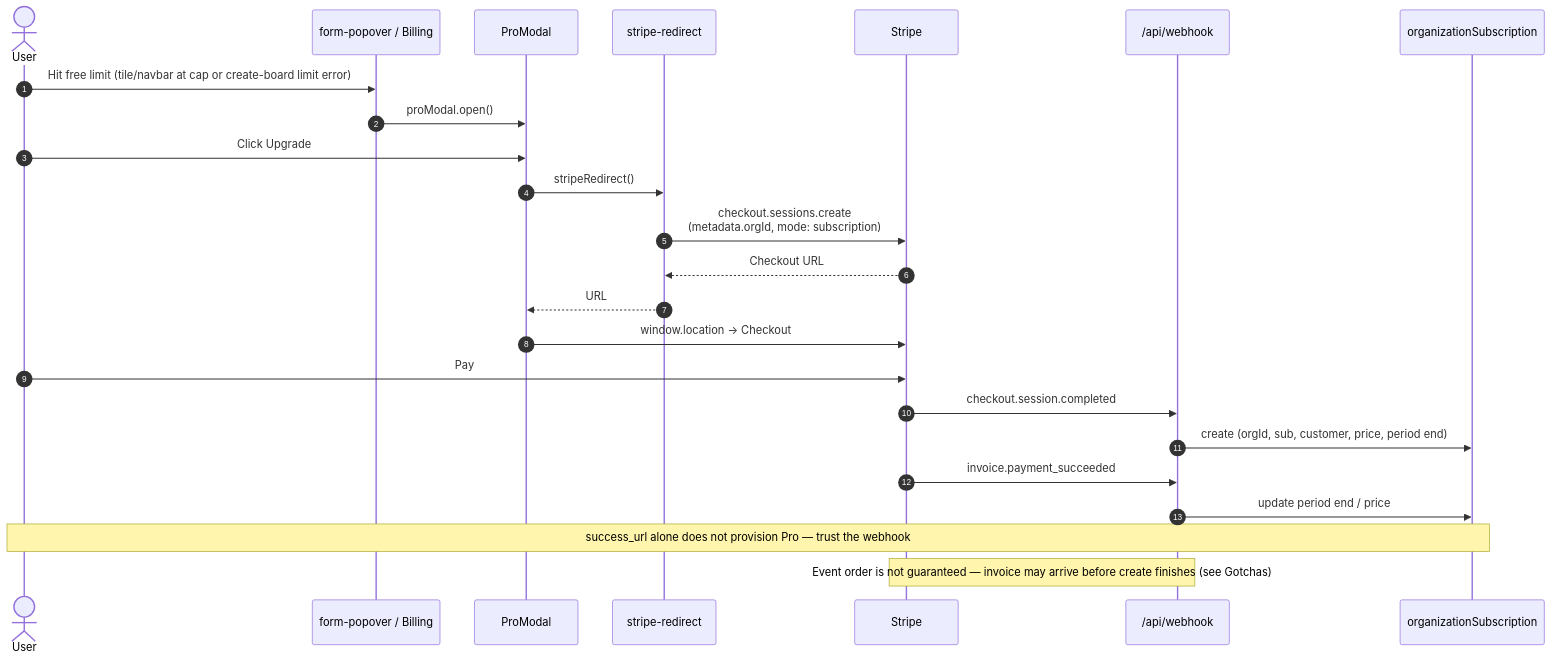
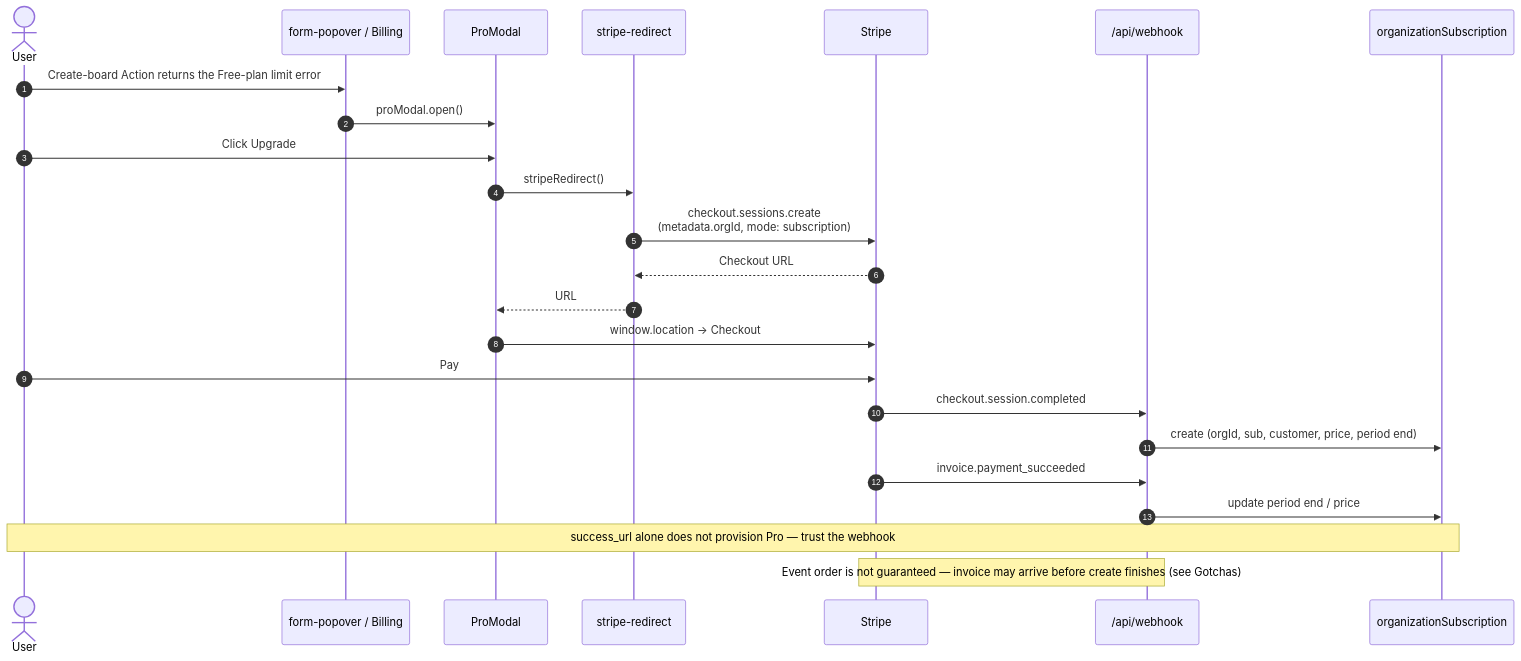
One commit to manhcuongdtbk/taskify changed the fifth of 7 diagrams in docs/billing.md. Above: the diagram before and after it, drawn with Mermaid. The commit also changed other lines of this file and 23 other files, not shown here.

First line of the commit message:
Drop the Create UI gate so the Action is the only Free-cap lock.

````diff
--- a/docs/billing.md
+++ b/docs/billing.md
@@ -231,27 +232,27 @@
 ```mermaid
 sequenceDiagram
   autonumber
   actor User
   participant UI as form-popover / Billing
   participant Modal as ProModal
   participant Action as stripe-redirect
   participant Stripe as Stripe
   participant Webhook as /api/webhook
   participant DB as organizationSubscription
 
-  User->>UI: Hit free limit (tile/navbar at cap or create-board limit error)
+  User->>UI: Create-board Action returns the Free-plan limit error
   UI->>Modal: proModal.open()
   User->>Modal: Click Upgrade
   Modal->>Action: stripeRedirect()
   Action->>Stripe: checkout.sessions.create<br/>(metadata.orgId, mode: subscription)
   Stripe-->>Action: Checkout URL
   Action-->>Modal: URL
   Modal->>Stripe: window.location → Checkout
   User->>Stripe: Pay
   Stripe->>Webhook: checkout.session.completed
   Webhook->>DB: create (orgId, sub, customer, price, period end)
   Stripe->>Webhook: invoice.payment_succeeded
   Webhook->>DB: update period end / price
   Note over User,DB: success_url alone does not provision Pro — trust the webhook
   Note over Stripe,Webhook: Event order is not guaranteed — invoice may arrive before create finishes (see Gotchas)
 ```
````
